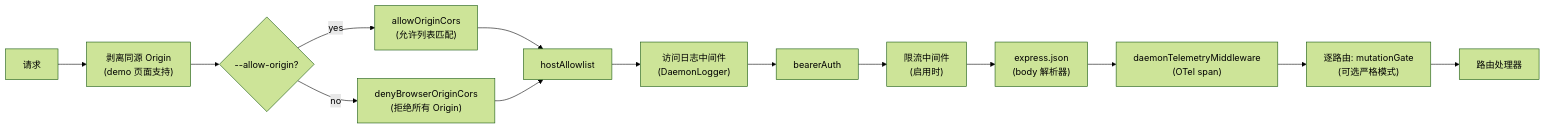
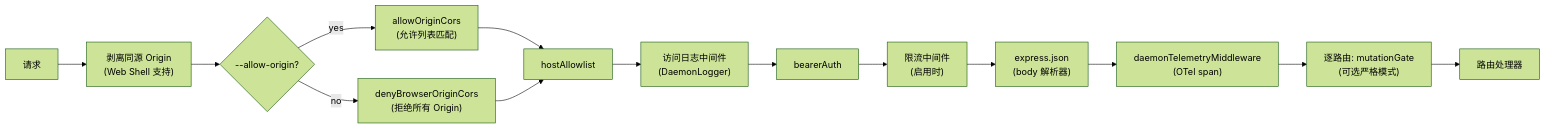
One commit to QwenLM/qwen-code-docs changed the first of 4 diagrams in website/content/zh/developers/daemon/12-auth-security.md. Above: the diagram before and after it, drawn with Mermaid (forest theme). The commit also changed other lines of this file and 120 other files, not shown here.

````diff
--- a/website/content/zh/developers/daemon/12-auth-security.md
+++ b/website/content/zh/developers/daemon/12-auth-security.md
@@ -55,16 +55,16 @@
 ```mermaid
 flowchart LR
-    REQ[请求] --> SO["剥离同源 Origin<br/>(demo 页面支持)"]
+    REQ[请求] --> SO["剥离同源 Origin<br/>(Web Shell 支持)"]
     SO --> CORS{"--allow-origin?"}
     CORS -->|yes| AO["allowOriginCors<br/>(允许列表匹配)"]
     CORS -->|no| DC["denyBrowserOriginCors<br/>(拒绝所有 Origin)"]
     AO --> HA["hostAllowlist"]
     DC --> HA
     HA --> LOG["访问日志中间件<br/>(DaemonLogger)"]
     LOG --> BA["bearerAuth"]
     BA --> RL["限流中间件<br/>(启用时)"]
     RL --> JSON["express.json<br/>(body 解析器)"]
     JSON --> TEL["daemonTelemetryMiddleware<br/>(OTel span)"]
     TEL --> MG["逐路由: mutationGate<br/>(可选严格模式)"]
     MG --> HANDLER["路由处理器"]
 ```
````
